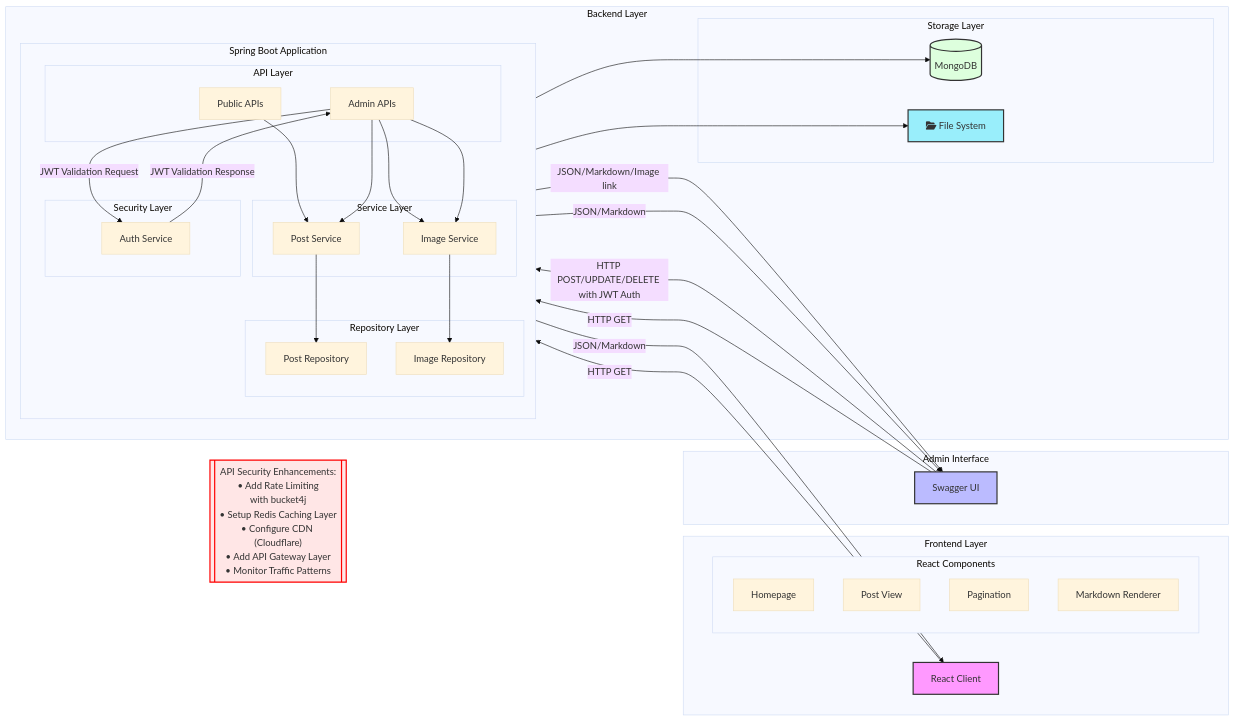
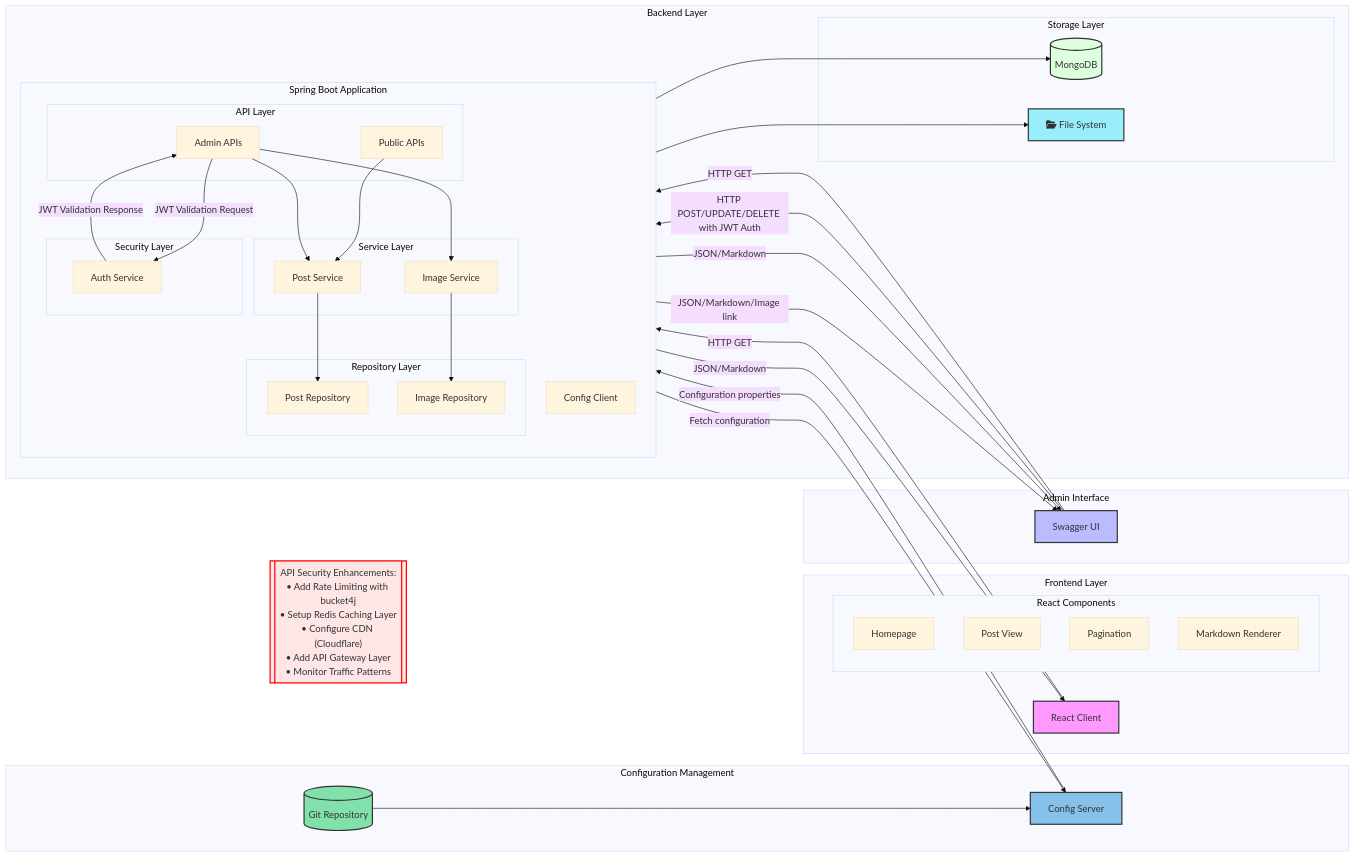
The diagram in blog-architecture/blog-architecture-design.mmd (mouhamethfadal/blog-design), drawn with Mermaid (base theme) before and after one commit. The commit also changed 2 other files, not shown here.

Commit message:
:building_construction: add cloud config usage & project structure

```diff
--- a/blog-architecture/blog-architecture-design.mmd
+++ b/blog-architecture/blog-architecture-design.mmd
@@ -1,76 +1,86 @@
 graph LR
+    subgraph "Configuration Management"
+        GR[(Git Repository)]
+        CS[Config Server]
+        GR --> CS
+    end
+
     subgraph "Frontend Layer"
         RC[React Client]
         subgraph "React Components"
             HP[Homepage]
             PV[Post View]
             PAG[Pagination]
             MD[Markdown Renderer]
         end
     end
 
     subgraph "Admin Interface"
         SW[Swagger UI]
     end
 
     subgraph "Backend Layer"
         subgraph "Spring Boot Application"
             direction TB
+            CC[Config Client]
             subgraph "API Layer"
                 PA[Public APIs]
                 AA[Admin APIs]
             end
 
             subgraph "Security Layer"
                 AS[Auth Service]
-
             end
 
             subgraph "Service Layer"
                 PS[Post Service]
                 IS[Image Service]
-
             end
 
             subgraph "Repository Layer"
                 PR[Post Repository]
                 IR[Image Repository]
             end
         end
         subgraph "Storage Layer"
             MD_DB[(MongoDB)]
             FS[fa:fa-folder-open File System]
         end
     end
 
-SecurityNote[["API Security Enhancements:<br/>• Add Rate Limiting<br/>with bucket4j<br/>• Setup Redis Caching Layer<br/>• Configure CDN (Cloudflare)<br/>• Add API Gateway Layer<br/>• Monitor Traffic Patterns"]]
+    SecurityNote[["API Security Enhancements:<br/>• Add Rate Limiting with bucket4j<br/>• Setup Redis Caching Layer<br/>• Configure CDN (Cloudflare)<br/>• Add API Gateway Layer<br/>• Monitor Traffic Patterns"]]
+
+%% Config interactions
+    CS --> |Configuration properties| CC
+    CC --> |Fetch configuration| CS
 
 %% Frontend interactions
-RC --> |HTTP GET| PA
-PA --> |JSON/Markdown| RC
+    RC --> |HTTP GET| PA
+    PA --> |JSON/Markdown| RC
 
 %% Admin interactions
-SW --> |HTTP POST/UPDATE/DELETE with JWT Auth| AA
-AA --> |JSON/Markdown/Image link| SW
-SW --> |HTTP GET| PA
-PA --> |JSON/Markdown| SW
-AA --> |JWT Validation Request| AS
-AS --> |JWT Validation Response| AA
+    SW --> |HTTP POST/UPDATE/DELETE with JWT Auth| AA
+    AA --> |JSON/Markdown/Image link| SW
+    SW --> |HTTP GET| PA
+    PA --> |JSON/Markdown| SW
+    AA --> |JWT Validation Request| AS
+    AS --> |JWT Validation Response| AA
 
 %% Internal backend flows
-PA --> PS
-AA --> PS
-AA --> IS
-AA --> IS
-PS --> PR
-PR --> MD_DB
-IS --> IR
-IR --> FS
+    PA --> PS
+    AA --> PS
+    AA --> IS
+    PS --> PR
+    PR --> MD_DB
+    IS --> IR
+    IR --> FS
 
-classDef note fill:#ffe6e6,stroke:#ff0000,stroke-width:2px,width:1000px
-class SecurityNote note
+    classDef note fill:#ffe6e6,stroke:#ff0000,stroke-width:2px,width:1000px
+    class SecurityNote note
 
-style RC fill:#f9f,stroke:#333,stroke-width:2px
-style SW fill:#bbf,stroke:#333,stroke-width:2px
-style MD_DB fill:#dfd,stroke:#333,stroke-width:2px
-style FS fill:#99eefb,stroke:#333,stroke-width:2px
+    style RC fill:#f9f,stroke:#333,stroke-width:2px
+    style SW fill:#bbf,stroke:#333,stroke-width:2px
+    style MD_DB fill:#dfd,stroke:#333,stroke-width:2px
+    style FS fill:#99eefb,stroke:#333,stroke-width:2px
+    style CS fill:#85C1E9,stroke:#333,stroke-width:2px
+    style GR fill:#82E0AA,stroke:#333,stroke-width:2px
```
